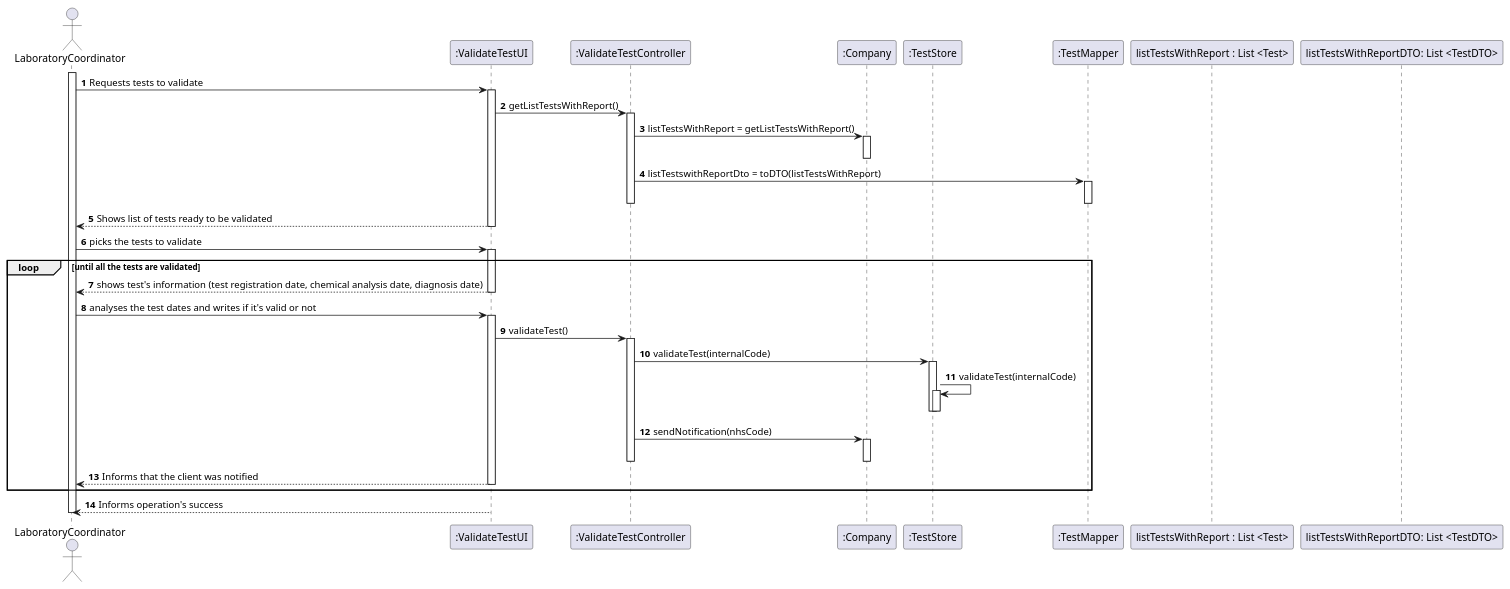
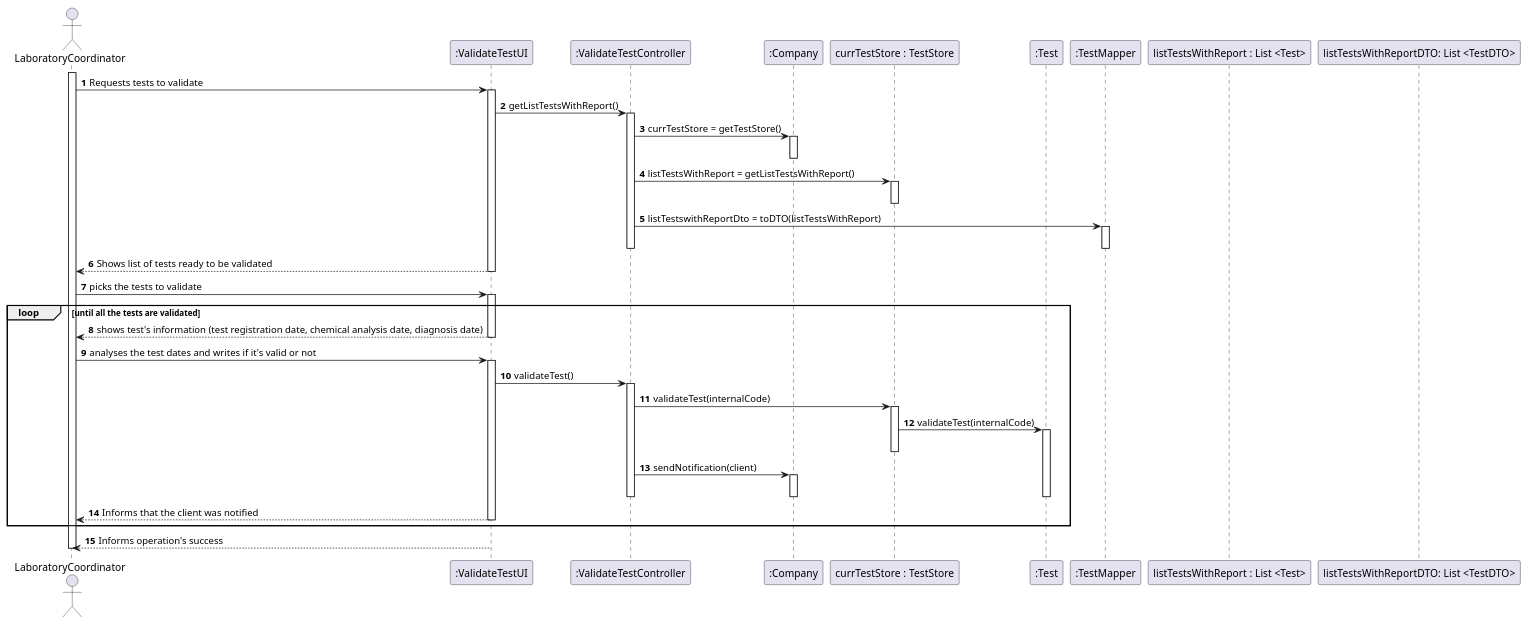
One commit to MadDinosaur/ISEP-LAPR2 changed the diagram in docs/SprintC/US15/US15_SD.puml. Above: the diagram before and after it, drawn with PlantUML. The commit also changed 7 other files, not shown here.

```diff
--- a/docs/SprintC/US15/US15_SD.puml
+++ b/docs/SprintC/US15/US15_SD.puml
@@ -1,57 +1,61 @@
 @startuml
 
 autonumber
 
 actor LaboratoryCoordinator as LABCO
 participant ":ValidateTestUI" as UI
 participant ":ValidateTestController" as CTRL
 participant ":Company" as CMP
-participant ":TestStore" as STORE
+participant "currTestStore : TestStore" as STORE
+participant ":Test" as TEST
 participant ":TestMapper" as MAP
 participant "listTestsWithReport : List <Test>" as testList
 participant "listTestsWithReportDTO: List <TestDTO>" as testListDTO
 
 
 activate LABCO
 LABCO -> UI: Requests tests to validate
 activate UI
 UI -> CTRL: getListTestsWithReport()
 activate CTRL
-CTRL -> CMP: listTestsWithReport = getListTestsWithReport()
+CTRL -> CMP: currTestStore = getTestStore()
 activate CMP
 deactivate CMP
+CTRL -> STORE: listTestsWithReport = getListTestsWithReport()
+activate STORE
+deactivate STORE
 
 CTRL -> MAP: listTestswithReportDto = toDTO(listTestsWithReport)
 activate MAP
 deactivate MAP
 
 deactivate CTRL
 UI --> LABCO: Shows list of tests ready to be validated
 deactivate UI
 LABCO -> UI: picks the tests to validate
 loop until all the tests are validated
 activate UI
 UI --> LABCO: shows test's information (test registration date, chemical analysis date, diagnosis date)
 deactivate UI
 LABCO -> UI: analyses the test dates and writes if it's valid or not
 activate UI
 UI -> CTRL: validateTest()
 activate CTRL
 CTRL -> STORE: validateTest(internalCode)
 activate STORE
-STORE -> STORE: validateTest(internalCode)
-activate STORE
+STORE -> TEST: validateTest(internalCode)
+activate TEST
 deactivate STORE
-deactivate STORE
-CTRL -> CMP: sendNotification(nhsCode)
+CTRL -> CMP: sendNotification(client)
 activate CMP
+deactivate TEST
 deactivate CMP
 deactivate CTRL
 UI --> LABCO: Informs that the client was notified
 deactivate UI
 end loop
 UI --> LABCO: Informs operation's success
 deactivate LABCO
 
 
 @enduml
```
